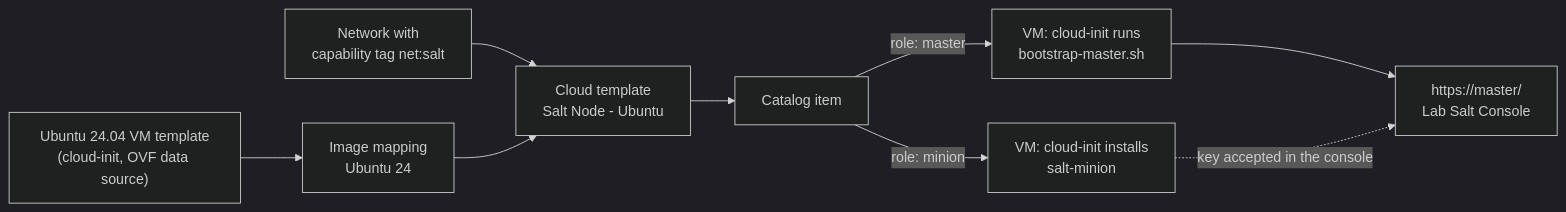
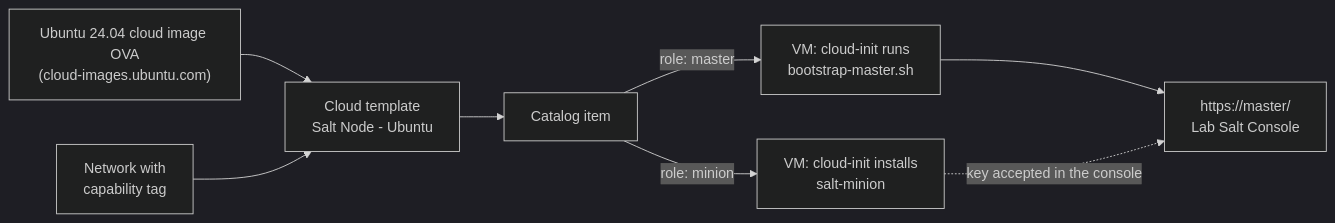
One commit to imtrinity94/lab-salt-console changed the second of 2 diagrams in docs/SETUP.md. Above: the diagram before and after it, drawn with Mermaid (dark theme). The commit also changed other lines of this file and 4 other files, not shown here.

First line of the commit message:
Template deploys the Ubuntu cloud image OVA; README explains the build chain and every script

````diff
--- a/docs/SETUP.md
+++ b/docs/SETUP.md
@@ -114,11 +113,10 @@
 ```mermaid
 flowchart LR
-  T["Ubuntu 24.04 VM template<br/>(cloud-init, OVF data source)"] --> I["Image mapping<br/>Ubuntu 24"]
-  N["Network with<br/>capability tag net:salt"] --> CT
-  I --> CT["Cloud template<br/>Salt Node - Ubuntu"]
-  CT --> C["Catalog item"]
+  O["Ubuntu 24.04 cloud image OVA<br/>(cloud-images.ubuntu.com)"] --> CT
+  N["Network with<br/>capability tag"] --> CT
+  CT["Cloud template<br/>Salt Node - Ubuntu"] --> C["Catalog item"]
   C -- "role: master" --> M["VM: cloud-init runs<br/>bootstrap-master.sh"]
   C -- "role: minion" --> MI["VM: cloud-init installs<br/>salt-minion"]
   M --> UI["https://master/<br/>Lab Salt Console"]
   MI -. "key accepted in the console" .-> UI
 ```
````
